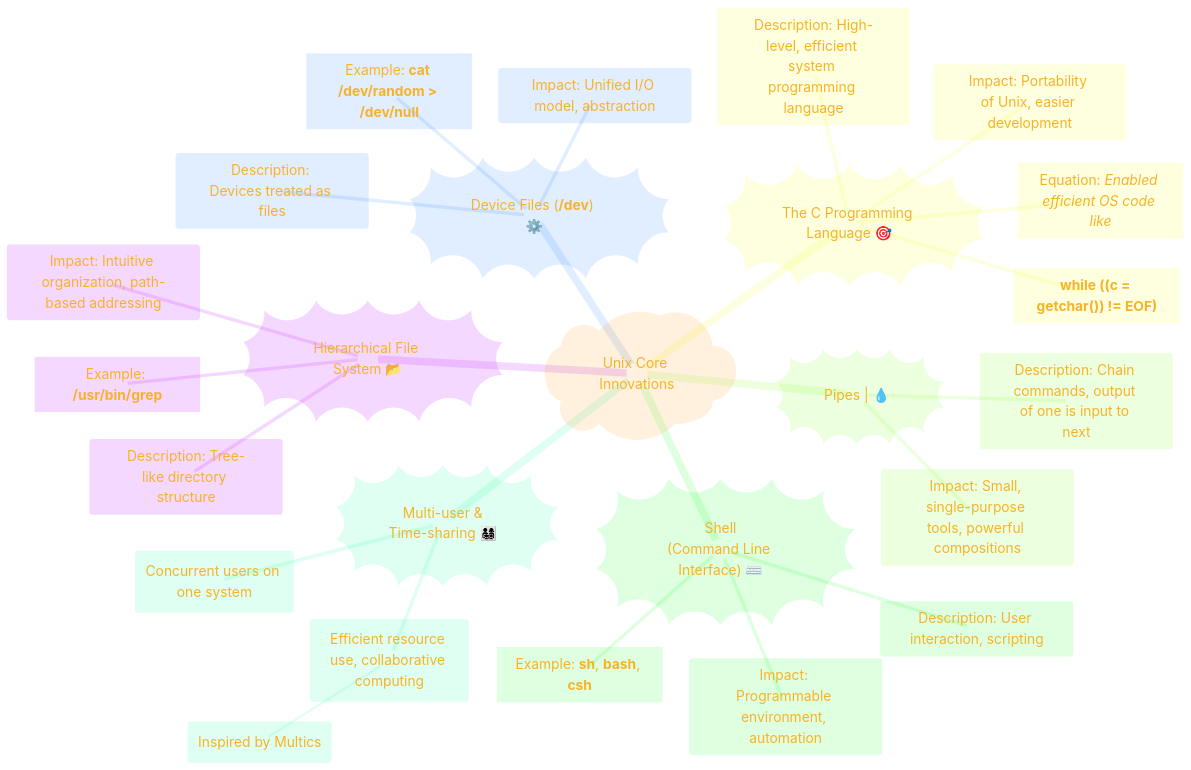
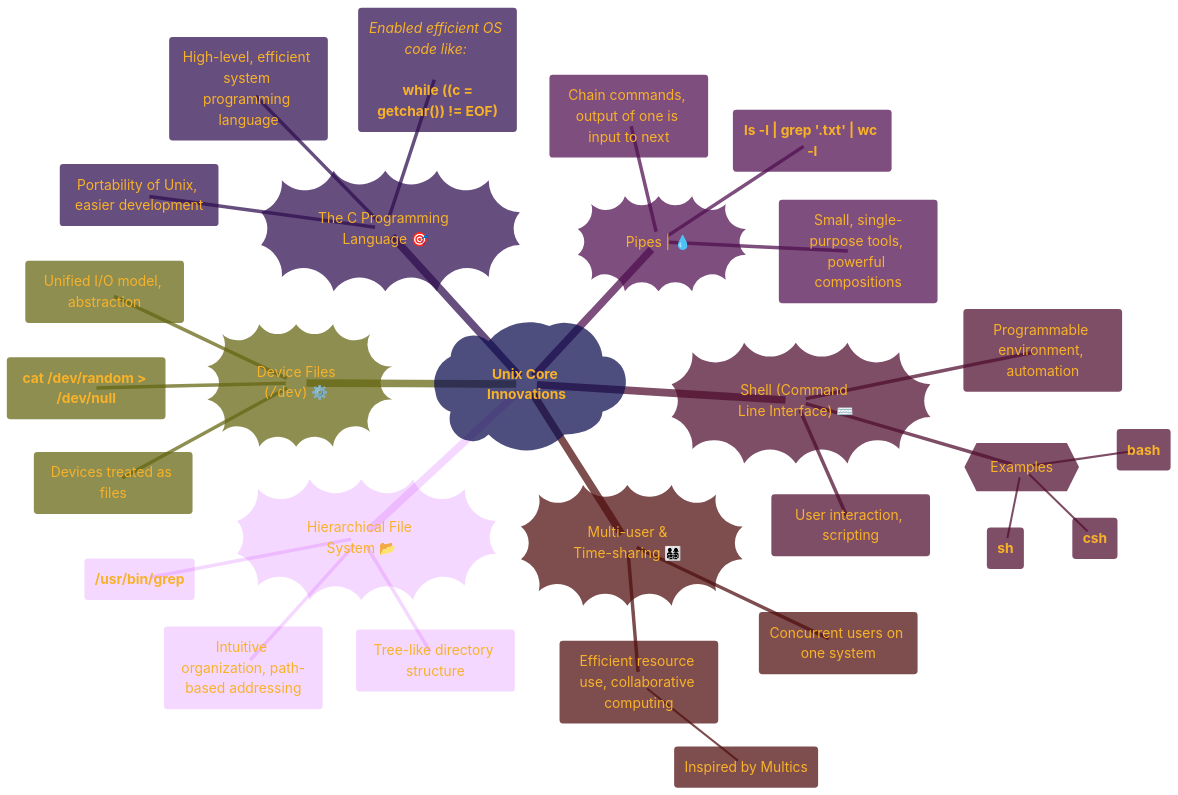
One commit to CongLeSolutionX/Digital-Bedrock-Landscape changed the third of 7 diagrams in THE_PAST/PART-4_Consolidated_info.md. Above: the diagram before and after it, drawn with Mermaid. The commit also changed other lines of this file, not shown here.

````diff
--- a/THE_PAST/PART-4_Consolidated_info.md
+++ b/THE_PAST/PART-4_Consolidated_info.md
@@ -213,63 +214,65 @@
 ```mermaid
 ---
-title: "Core Unix Innovations & Their Significance"
+title: "Overall Structure of the License Agreement"
 author: "Cong Le"
 version: "1.0"
 license(s): "MIT, CC BY 4.0"
 copyright: "Copyright (c) 2025 Cong Le. All Rights Reserved."
 config:
   theme: base
 ---
 %%%%%%%% Mermaid version v11.4.1-b.14
 %%{
   init: {
-    'fontFamily': 'American Typewriter',
+    'fontFamily': 'Andale Mono, monospace',
     'mindmap': {
 	    'nodeAlign': 'center',
 	    'padding': 20
     },
     'themeVariables': {
-      'primaryColor': '#FC82',
+      'primaryColor': '#22BB',
       'primaryTextColor': '#F8B229',
       'primaryBorderColor': '#27AE60',
       'secondaryColor': '#EBF3',
       'secondaryTextColor': '#6C3483',
       'secondaryBorderColor': '#A569BD',
       'fontSize': '20px'
     }
   }
 }%%
 mindmap
-  root)"Unix Core Innovations"(
+  root)"**Unix Core Innovations**"(
     Hierarchical_File_System))"Hierarchical File System 📂"((
       ::icon(fa fa-folder-tree)
-      Description: Tree-like directory structure
-      Impact: Intuitive organization, path-based addressing
-      Example["Example: **/usr/bin/grep**"]
-    Device_Files))"Device Files (**/dev**) ⚙️"((
+      Description("Tree-like directory structure")
+      Impact("Intuitive organization, path-based addressing")
+      Example("**/usr/bin/grep**")
+    Device_Files))"Device Files<br/>(<code>/dev</code>) ⚙️"((
       ::icon(fa fa-cog)
-      Description: Devices treated as files
-      Impact: Unified I/O model, abstraction
-      Example["Example: **cat /dev/random > /dev/null**"]
+      Description("Devices treated as files")
+      Impact("Unified I/O model, abstraction")
+      Example("**cat /dev/random > /dev/null**")
     The_C_Programming_Language))"The C Programming Language 🎯"((
       ::icon(fa fa-bullseye)
-      Description: High-level, efficient system programming language
-      Impact: Portability of Unix, easier development
-      Equation["Equation: *Enabled efficient OS code like*"]
-      Example["**while ((c = getchar()) != EOF)**"]
+      Description("High-level, efficient system programming language")
+      Impact("Portability of Unix, easier development")
+      Equation("*Enabled efficient OS code like:* <br/> <br/> **while ((c = getchar()) != EOF)**")
     Pipes))"Pipes <char>|</char> 💧"((
       ::icon(fa fa-water)
-      Description: Chain commands, output of one is input to next
-      Impact: Small, single-purpose tools, powerful compositions
-      %% Example["Example:<br/> **ls -l | grep ".txt" | wc -l**"]
-    Shell))"Shell<br/>(Command Line Interface) ⌨️"((
+      Description("Chain commands, output of one is input to next")
+      Impact("Small, single-purpose tools, powerful compositions")
+      Example("**ls -l | grep '.txt' | wc -l**")
+    Shell))"Shell (Command Line Interface) ⌨️"((
       ::icon(fa fa-keyboard)
-      Description: User interaction, scripting
-      Impact: Programmable environment, automation
-      Example["Example: **sh**, **bash**, **csh**"]
-    Multi_user_and_Time_sharing))"Multi-user & <br/> Time-sharing 👨‍👩‍👧‍👦"((
+      Description("User interaction, scripting")
+      Impact("Programmable environment, automation")
+      Example{{"Examples"}}
+        ("**sh**")
+        ("**csh**")
+        ("**bash**")
+    Multi_user_Time_sharing))"Multi-user &<br/> Time-sharing 👨‍👩‍👧‍👦"((
       ::icon(fa fa-users)
       Description("Concurrent users on one system")
       Impact("Efficient resource use, collaborative computing")
         ("Inspired by Multics")
 ```
````
